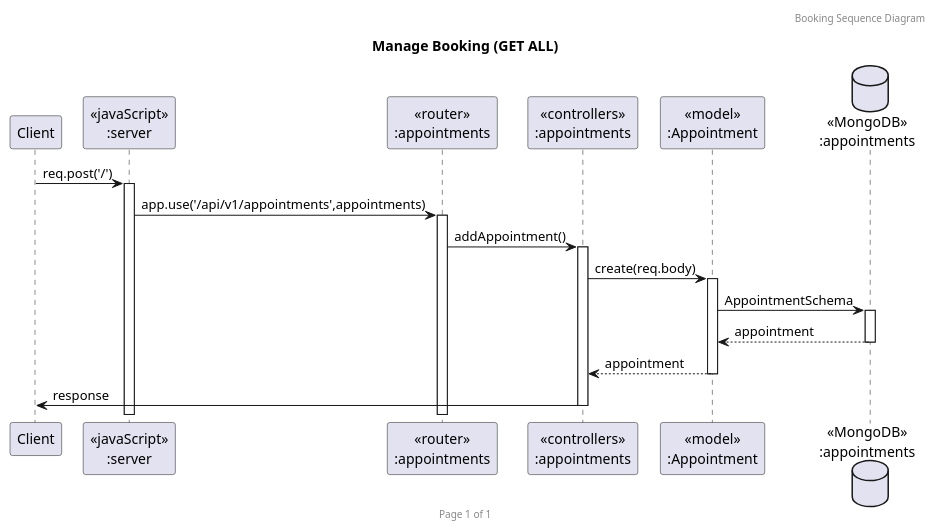
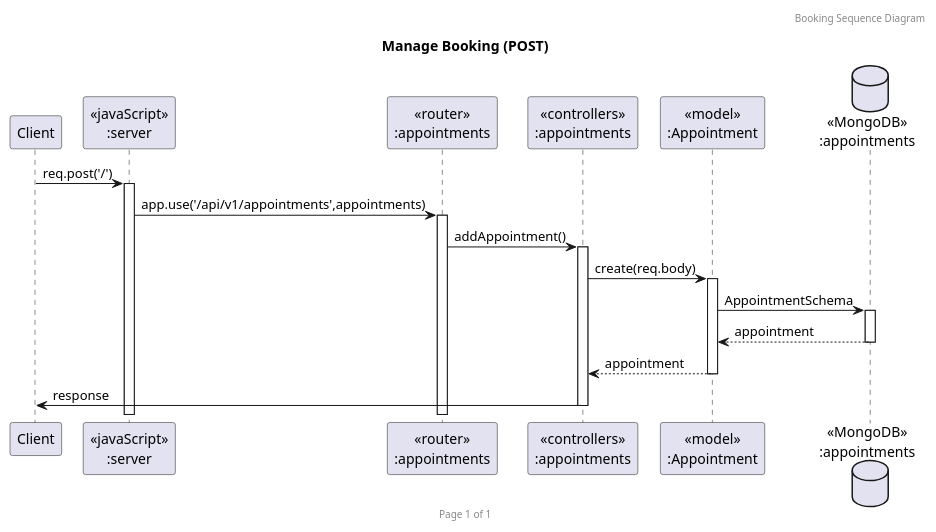
One commit to 2110503TACEDT66/presentation-day-1-privacy changed the diagram in apptpost.puml. Above: the diagram before and after it, drawn with PlantUML. The commit also changed 2 other files, not shown here.

```diff
--- a/apptpost.puml
+++ b/apptpost.puml
@@ -1,23 +1,23 @@
-@startuml Manage Booking (GET ALL)
+@startuml Manage Booking (POST)
 
 header Booking Sequence Diagram
 footer Page %page% of %lastpage%
-title "Manage Booking (GET ALL)"
+title "Manage Booking (POST)"
 
 participant "Client" as client
 participant "<<javaScript>>\n:server" as server
 participant "<<router>>\n:appointments" as routerAppointments
 participant "<<controllers>>\n:appointments" as controllersAppointments
 participant "<<model>>\n:Appointment" as modelAppointments
 database "<<MongoDB>>\n:appointments" as AppointmentsDatabase
 
 client->server ++:req.post('/')
 server->routerAppointments ++:app.use('/api/v1/appointments',appointments)
 routerAppointments -> controllersAppointments ++:addAppointment()
 controllersAppointments->modelAppointments ++:create(req.body)
 modelAppointments ->AppointmentsDatabase ++:AppointmentSchema
 AppointmentsDatabase --> modelAppointments --:appointment
 controllersAppointments <-- modelAppointments --:appointment
 controllersAppointments->client --:response
 
 @enduml
```
